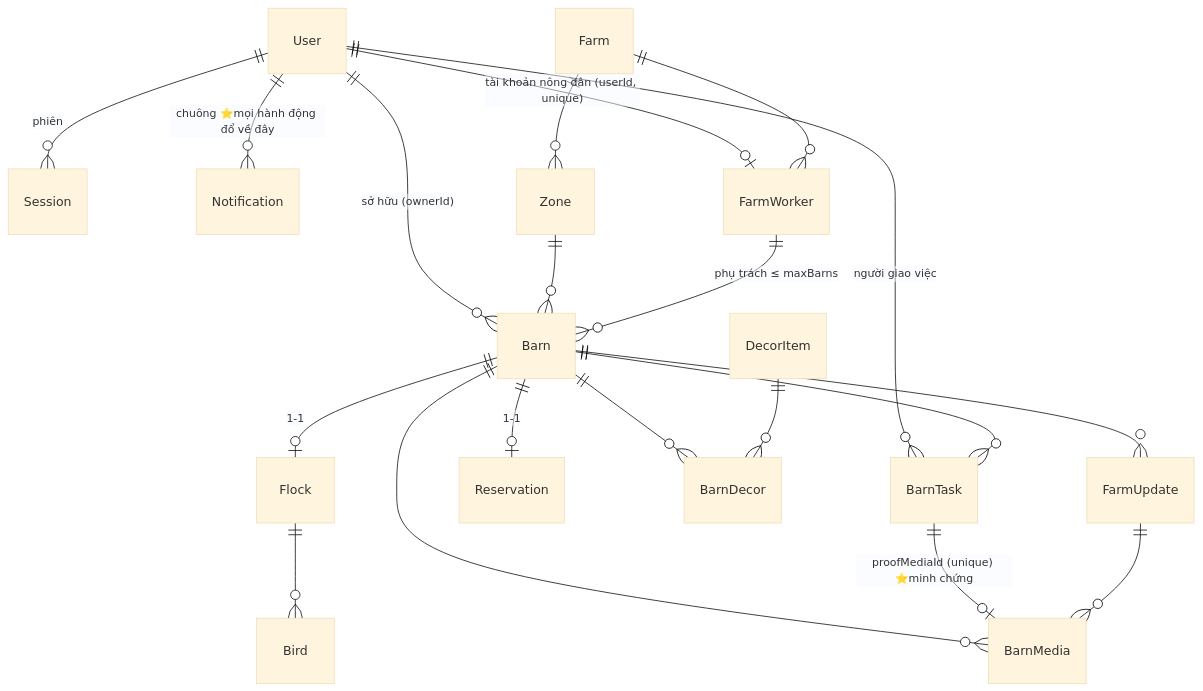
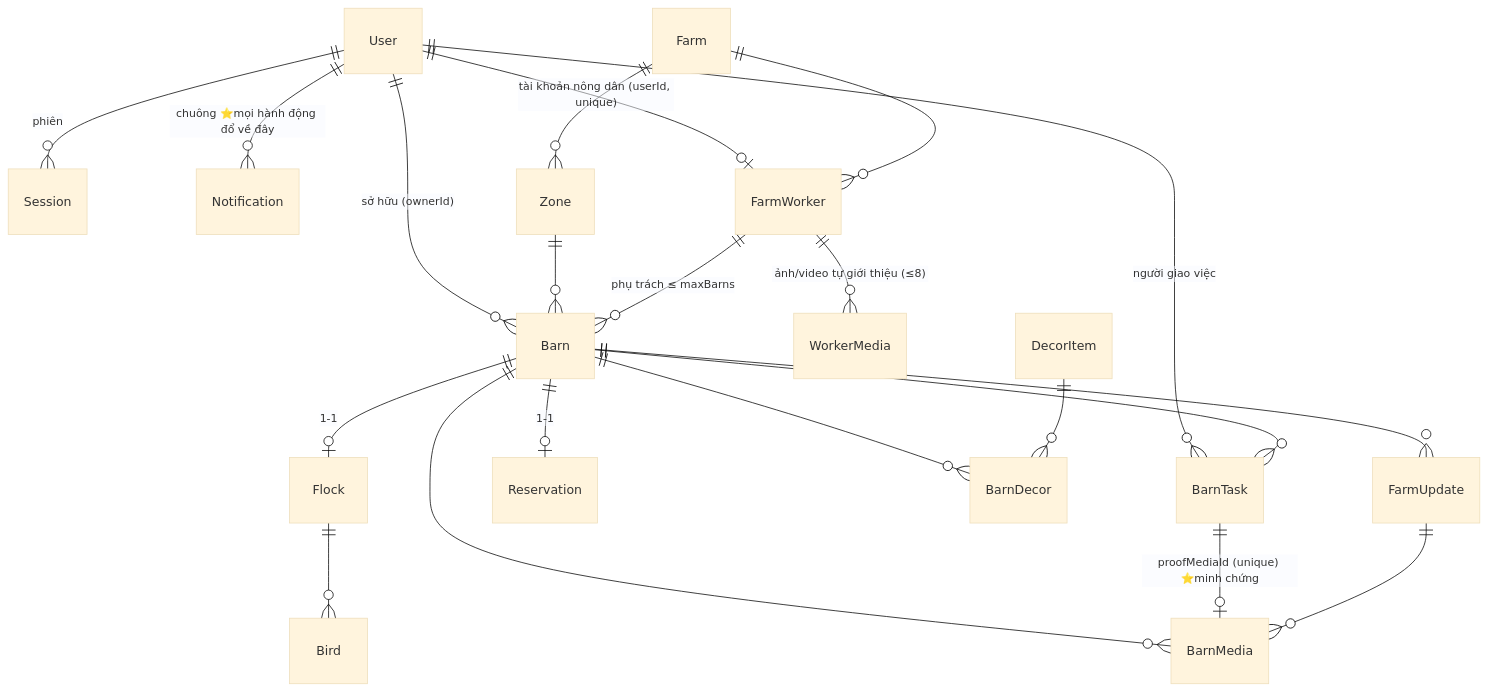
Before and after one commit to Thangdo26/ChicChic: the second of 2 diagrams in CODEMAP.md, drawn with Mermaid (base theme). The commit also changed other lines of this file and 20 other files, not shown here.

````diff
--- a/CODEMAP.md
+++ b/CODEMAP.md
@@ -167,22 +198,23 @@
 ```mermaid
 erDiagram
   User ||--o{ Session : "phiên"
   User ||--o{ Notification : "chuông ⭐mọi hành động đổ về đây"
   User ||--o{ Barn : "sở hữu (ownerId)"
   User ||--o| FarmWorker : "tài khoản nông dân (userId, unique)"
   User ||--o{ BarnTask : "người giao việc"
   Farm ||--o{ Zone : ""
   Farm ||--o{ FarmWorker : ""
   Zone ||--o{ Barn : ""
   FarmWorker ||--o{ Barn : "phụ trách ≤ maxBarns"
+  FarmWorker ||--o{ WorkerMedia : "ảnh/video tự giới thiệu (≤8)"
   Barn ||--o| Flock : "1-1"
   Barn ||--o| Reservation : "1-1"
   Barn ||--o{ BarnDecor : ""
   Barn ||--o{ FarmUpdate : ""
   Barn ||--o{ BarnMedia : ""
   Barn ||--o{ BarnTask : ""
   Flock ||--o{ Bird : ""
   BarnTask ||--o| BarnMedia : "proofMediaId (unique) ⭐minh chứng"
   FarmUpdate ||--o{ BarnMedia : ""
   DecorItem ||--o{ BarnDecor : ""
 ```
````
